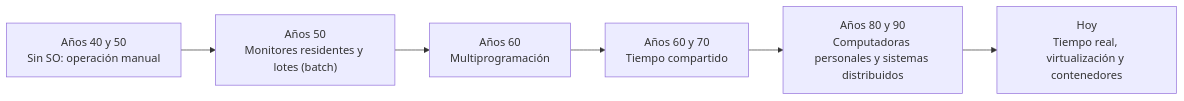
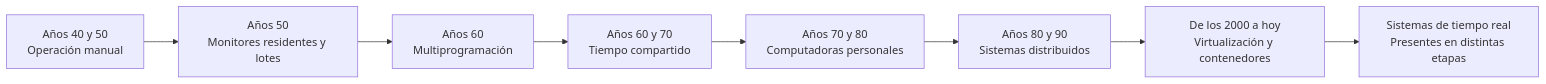
Before and after one commit to araly18/Proyecto-sistemas-operativos: the diagram in docs/unidad-1-introduccion/intro.md, drawn with Mermaid. The commit also changed other lines of this file and 8 other files, not shown here.

````diff
--- a/docs/unidad-1-introduccion/intro.md
+++ b/docs/unidad-1-introduccion/intro.md
@@ -25,8 +11,10 @@
 ```mermaid
 flowchart LR
-    A["Años 40 y 50<br/>Sin SO: operación manual"] --> B["Años 50<br/>Monitores residentes y lotes (batch)"]
+    A["Años 40 y 50<br/>Operación manual"] --> B["Años 50<br/>Monitores residentes y lotes"]
     B --> C["Años 60<br/>Multiprogramación"]
     C --> D["Años 60 y 70<br/>Tiempo compartido"]
-    D --> E["Años 80 y 90<br/>Computadoras personales y sistemas distribuidos"]
-    E --> F["Hoy<br/>Tiempo real, virtualización y contenedores"]
+    D --> E["Años 70 y 80<br/>Computadoras personales"]
+    E --> F["Años 80 y 90<br/>Sistemas distribuidos"]
+    F --> G["De los 2000 a hoy<br/>Virtualización y contenedores"]
+    G --> H["Sistemas de tiempo real<br/>Presentes en distintas etapas"]
 ```
````
